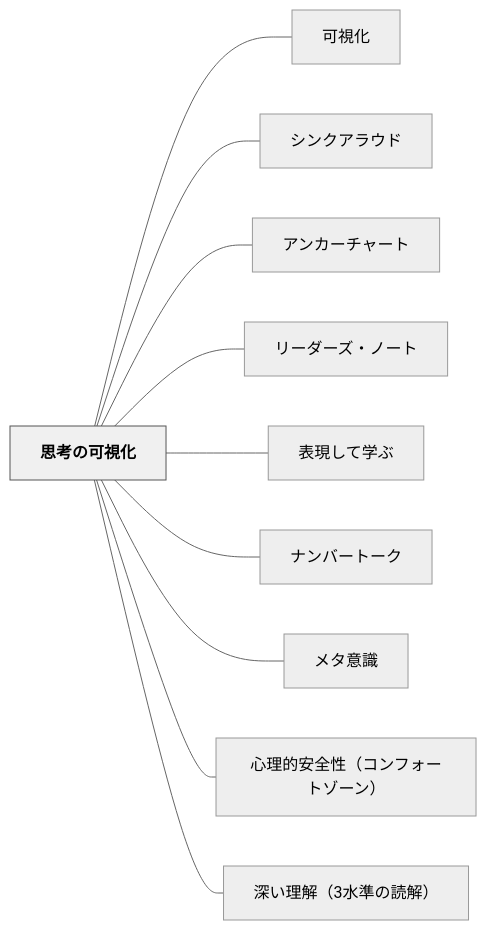
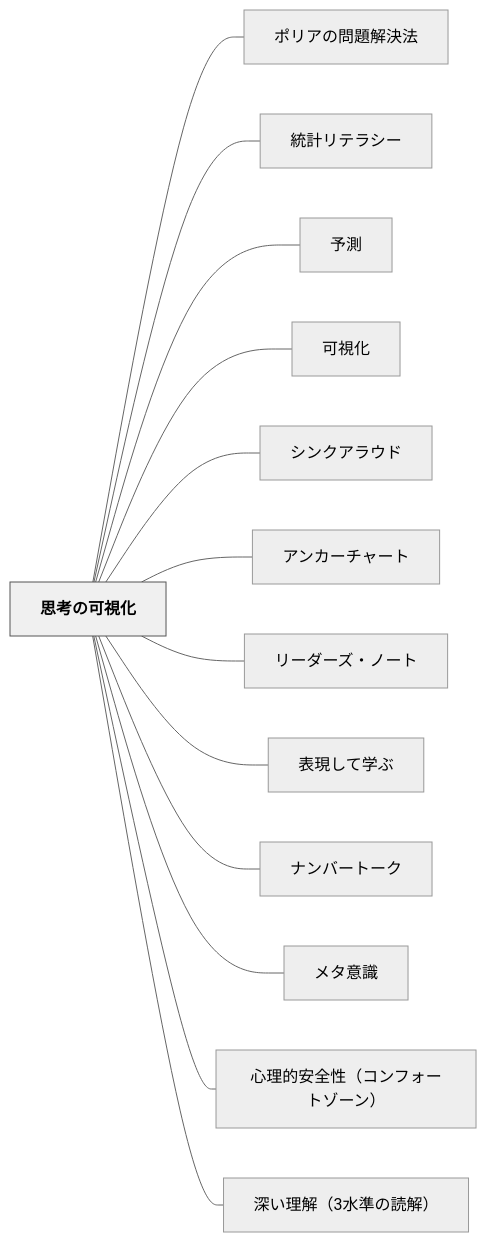
Before and after one commit to unknownthings-ed-patterns/unknownthings-ed-patterns: the diagram in content/パタン/思考の可視化.md, drawn with Mermaid (neutral theme). The commit also changed other lines of this file and 473 other files, not shown here.

````diff
--- a/content/パタン/思考の可視化.md
+++ b/content/パタン/思考の可視化.md
@@ -126,26 +129,32 @@
 ```mermaid
 flowchart LR
     ne6809de88083["思考の可視化"]
+    ne3839de383aa["ポリアの問題解決法"]
+    ne7b5b1e8a888["統計リテラシー"]
+    ne4ba88e6b8ac["予測"]
     ne58fafe8a696["可視化"]
     ne382b7e383b3["シンクアラウド"]
     ne382a2e383b3["アンカーチャート"]
     ne383aae383bc["リーダーズ・ノート"]
     ne8a1a8e78fbe["表現して学ぶ"]
     ne3838ae383b3["ナンバートーク"]
     ne383a1e382bf["メタ意識"]
     ne5bf83e79086["心理的安全性（コンフォートゾーン）"]
     ne6b7b1e38184["深い理解（3水準の読解）"]
 
+    ne6809de88083 --- ne3839de383aa
+    ne6809de88083 --- ne7b5b1e8a888
+    ne6809de88083 --- ne4ba88e6b8ac
     ne6809de88083 --- ne58fafe8a696
     ne6809de88083 --- ne382b7e383b3
     ne6809de88083 --- ne382a2e383b3
     ne6809de88083 --- ne383aae383bc
     ne6809de88083 --- ne8a1a8e78fbe
     ne6809de88083 --- ne3838ae383b3
     ne6809de88083 --- ne383a1e382bf
     ne6809de88083 --- ne5bf83e79086
     ne6809de88083 --- ne6b7b1e38184
 
     classDef hub fill:#f0f0f0,stroke:#555,color:#000,font-weight:bold
     class ne6809de88083 hub
 ```
````
